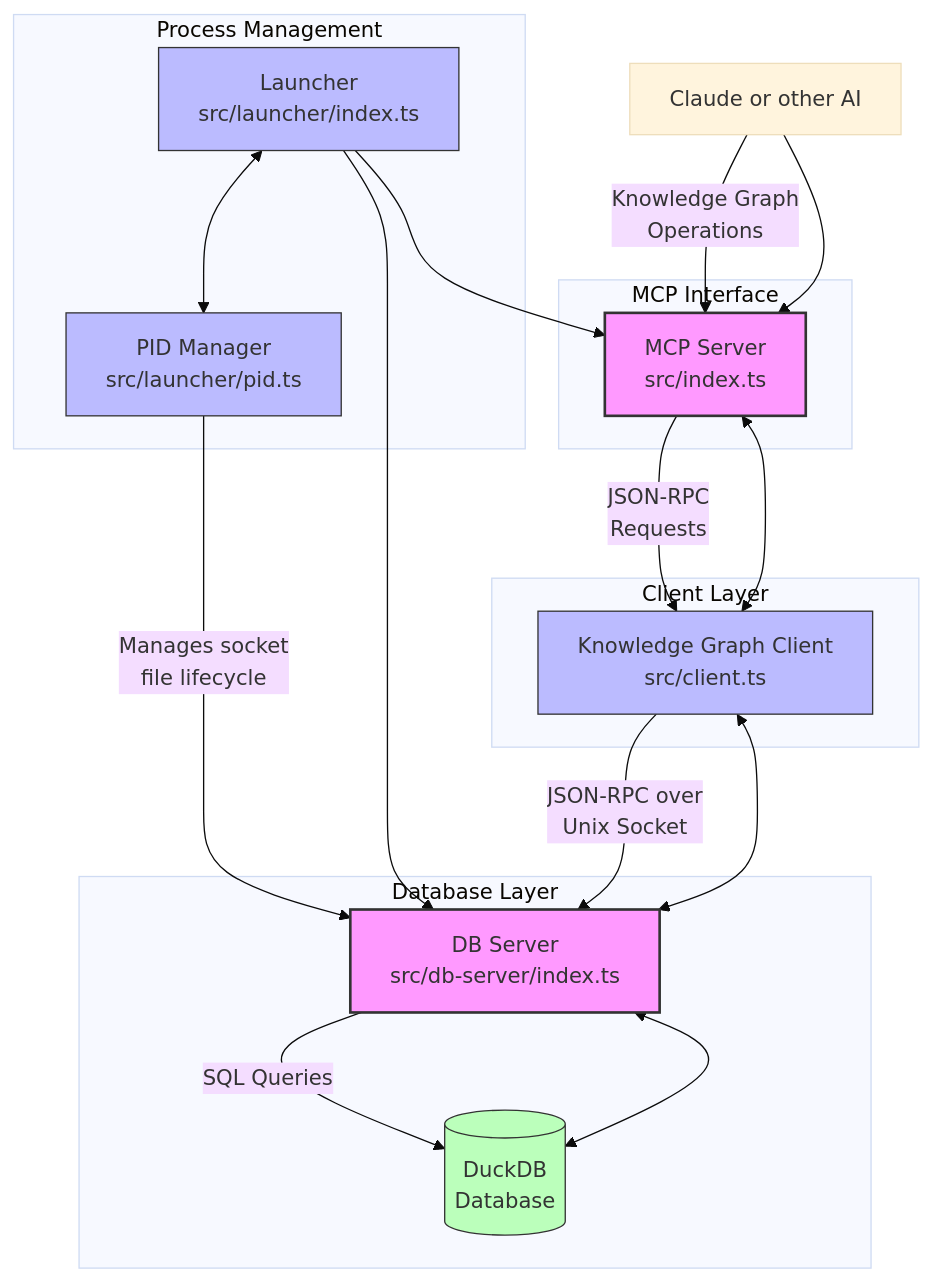
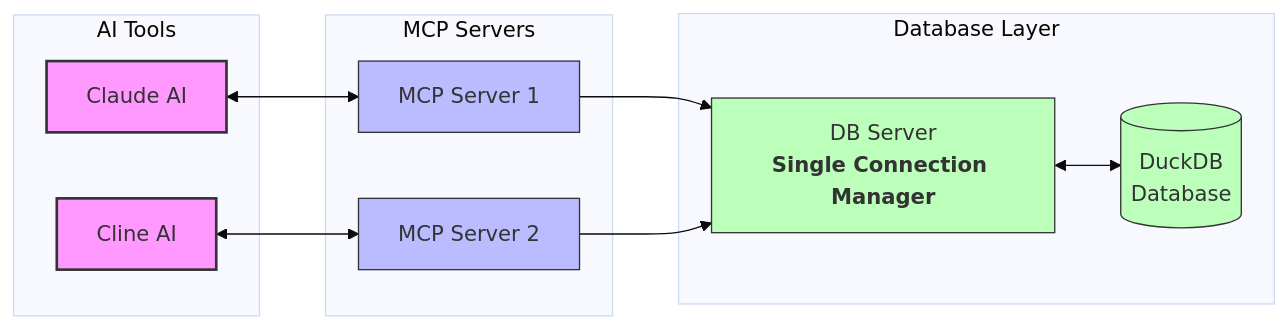
Before and after one commit to IzumiSy/mcp-pluggable-memory-server: the first of 2 diagrams in README.md, drawn with Mermaid (base theme). The commit also changed other lines of this file, not shown here.

````diff
--- a/README.md
+++ b/README.md
@@ -121,46 +121,34 @@
 ```mermaid
-flowchart TB
-    subgraph "MCP Interface"
-        MCP[MCP Server\nsrc/index.ts]
+flowchart LR
+    subgraph "AI Tools"
+        Claude[Claude AI]
+        Cline[Cline AI]
+    end
+    
+    subgraph "MCP Servers"
+        MCP1[MCP Server 1]
+        MCP2[MCP Server 2]
     end
     
     subgraph "Database Layer"
-        DB[DB Server\nsrc/db-server/index.ts]
+        DB[DB Server\n<b>Single Connection Manager</b>]
         DuckDB[(DuckDB\nDatabase)]
     end
     
-    subgraph "Client Layer"
-        Client[Knowledge Graph Client\nsrc/client.ts]
-    end
+    Claude <--> MCP1
+    Cline <--> MCP2
     
-    subgraph "Process Management"
-        Launcher[Launcher\nsrc/launcher/index.ts]
-        PIDManager[PID Manager\nsrc/launcher/pid.ts]
-    end
+    MCP1 --> DB
+    MCP2 --> DB
     
-    Claude[Claude or other AI] --> MCP
-    MCP <--> Client
-    Client <--> DB
     DB <--> DuckDB
     
-    Launcher --> MCP
-    Launcher --> DB
-    Launcher <--> PIDManager
+    %% Annotations
+    classDef ai fill:#f9f,stroke:#333,stroke-width:2px;
+    classDef server fill:#bbf,stroke:#333,stroke-width:1px;
+    classDef db fill:#bfb,stroke:#333,stroke-width:1px;
     
-    %% Connection management
-    PIDManager -- "Manages socket\nfile lifecycle" --> DB
-    
-    %% Data flow
-    Claude -- "Knowledge Graph\nOperations" --> MCP
-    MCP -- "JSON-RPC\nRequests" --> Client
-    Client -- "JSON-RPC over\nUnix Socket" --> DB
-    DB -- "SQL Queries" --> DuckDB
-    
-    classDef primary fill:#f9f,stroke:#333,stroke-width:2px;
-    classDef secondary fill:#bbf,stroke:#333,stroke-width:1px;
-    classDef storage fill:#bfb,stroke:#333,stroke-width:1px;
-    
-    class MCP,DB primary;
-    class Client,Launcher,PIDManager secondary;
-    class DuckDB storage;
+    class Claude,Cline ai;
+    class MCP1,MCP2 server;
+    class DB,DuckDB db;
 ```
````
